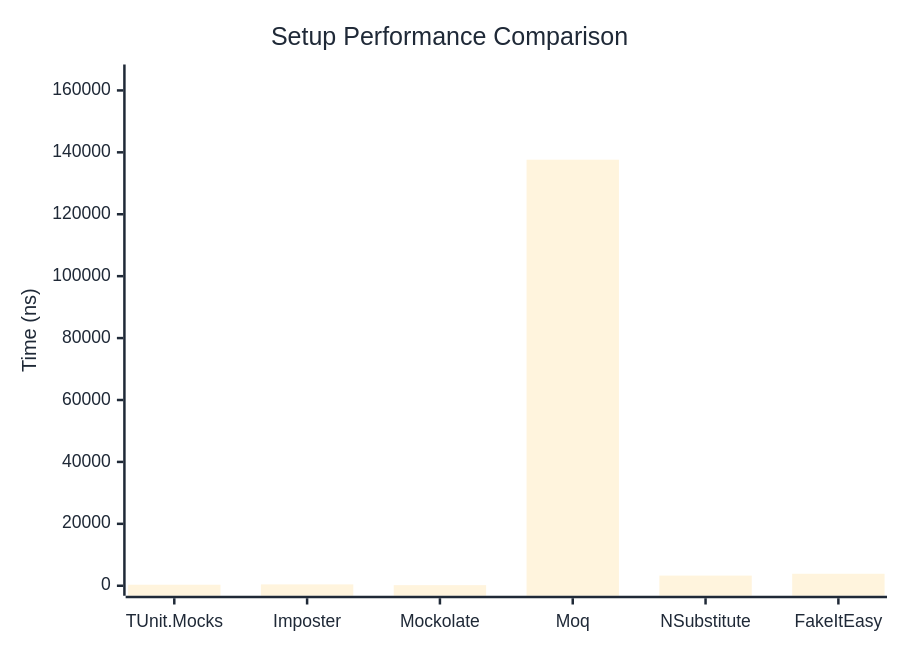
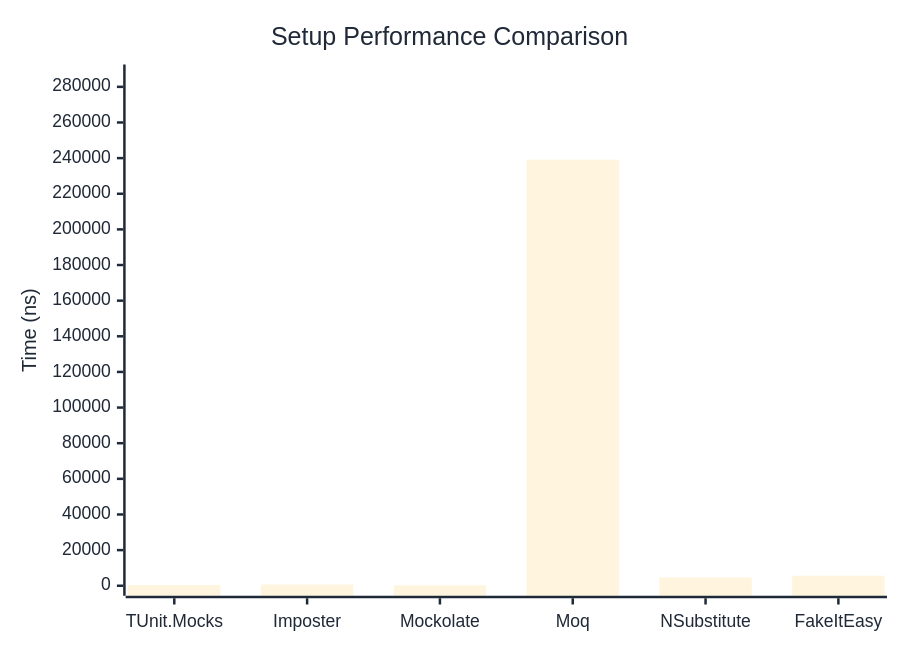
Before and after one commit to zion-sati/TUnit-NetWasm: the first of 2 diagrams in docs/docs/benchmarks/mocks/Setup.md, drawn with Mermaid. The commit also changed other lines of this file and 294 other files, not shown here.

````diff
--- a/docs/docs/benchmarks/mocks/Setup.md
+++ b/docs/docs/benchmarks/mocks/Setup.md
@@ -30,27 +30,27 @@
 ```mermaid
 %%{init: {
   'theme':'base',
   'themeVariables': {
     'primaryColor': '#2563eb',
     'primaryTextColor': '#1f2937',
     'primaryBorderColor': '#1e40af',
     'lineColor': '#6b7280',
     'secondaryColor': '#7c3aed',
     'tertiaryColor': '#dc2626',
     'background': '#ffffff',
     'pie1': '#2563eb',
     'pie2': '#7c3aed',
     'pie3': '#dc2626',
     'pie4': '#f59e0b',
     'pie5': '#10b981',
     'pie6': '#06b6d4',
     'pie7': '#ec4899',
     'pie8': '#6366f1'
   }
 }}%%
 xychart-beta
   title "Setup Performance Comparison"
   x-axis ["TUnit.Mocks", "Imposter", "Mockolate", "Moq", "NSubstitute", "FakeItEasy"]
-  y-axis "Time (ns)" 0 --> 165143
-  bar [333.5, 439.8, 192.2, 137618.8, 3278.1, 3870.2]
+  y-axis "Time (ns)" 0 --> 286926
+  bar [428.5, 666.4, 252.1, 239104.4, 4655.3, 5611.8]
 ```
````
